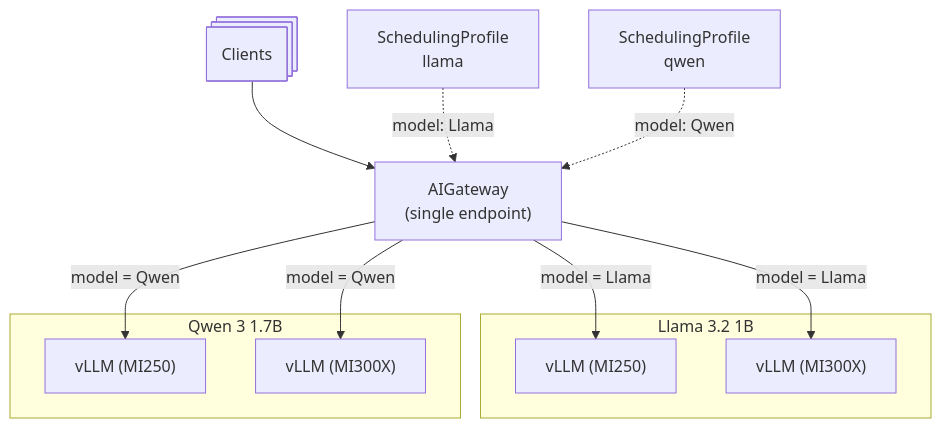
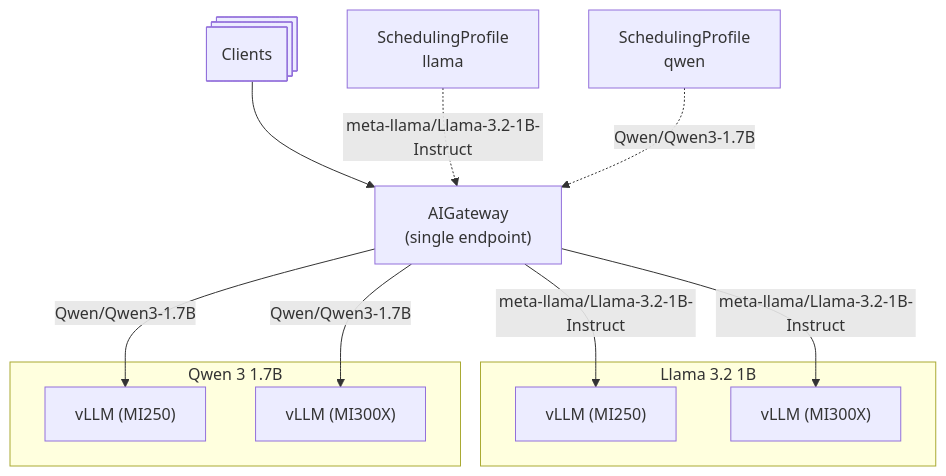
The diagram in website/docs/operations/multi-model.mdx (moreh-dev/mif), drawn with Mermaid before and after one commit. The commit also changed 1 other file, not shown here.

Commit message:
MAF-20256: docs(website): use full model IDs in the multi-model diagram
Address review feedback: the multi-model routing diagram used short model
names ("Llama"/"Qwen") on its edges, which a reader could mistake for the
literal `model` value to send. Use the exact served model IDs on the routing
and scheduling-profile edges. Also drop the repetitive "AIGateway gateway
pods" wording in the logs guide.

````diff
--- a/website/docs/operations/multi-model.mdx
+++ b/website/docs/operations/multi-model.mdx
@@ -21,18 +21,18 @@
 ```mermaid
 graph TB
     clients@{ shape: procs, label: "Clients" } --> gateway["AIGateway<br>(single endpoint)"]
-    sp_llama["SchedulingProfile<br>llama"] -. model: Llama .-> gateway
-    sp_qwen["SchedulingProfile<br>qwen"] -. model: Qwen .-> gateway
+    sp_llama["SchedulingProfile<br>llama"] -. "meta-llama/Llama-3.2-1B-Instruct" .-> gateway
+    sp_qwen["SchedulingProfile<br>qwen"] -. "Qwen/Qwen3-1.7B" .-> gateway
     subgraph isvc_llama["Llama 3.2 1B"]
       llama_mi250["vLLM (MI250)"]
       llama_mi300x["vLLM (MI300X)"]
     end
     subgraph isvc_qwen["Qwen 3 1.7B"]
       qwen_mi250["vLLM (MI250)"]
       qwen_mi300x["vLLM (MI300X)"]
     end
-    gateway -->|model = Llama| llama_mi250
-    gateway -->|model = Llama| llama_mi300x
-    gateway -->|model = Qwen| qwen_mi250
-    gateway -->|model = Qwen| qwen_mi300x
+    gateway -->|"meta-llama/Llama-3.2-1B-Instruct"| llama_mi250
+    gateway -->|"meta-llama/Llama-3.2-1B-Instruct"| llama_mi300x
+    gateway -->|"Qwen/Qwen3-1.7B"| qwen_mi250
+    gateway -->|"Qwen/Qwen3-1.7B"| qwen_mi300x
 ```
````
